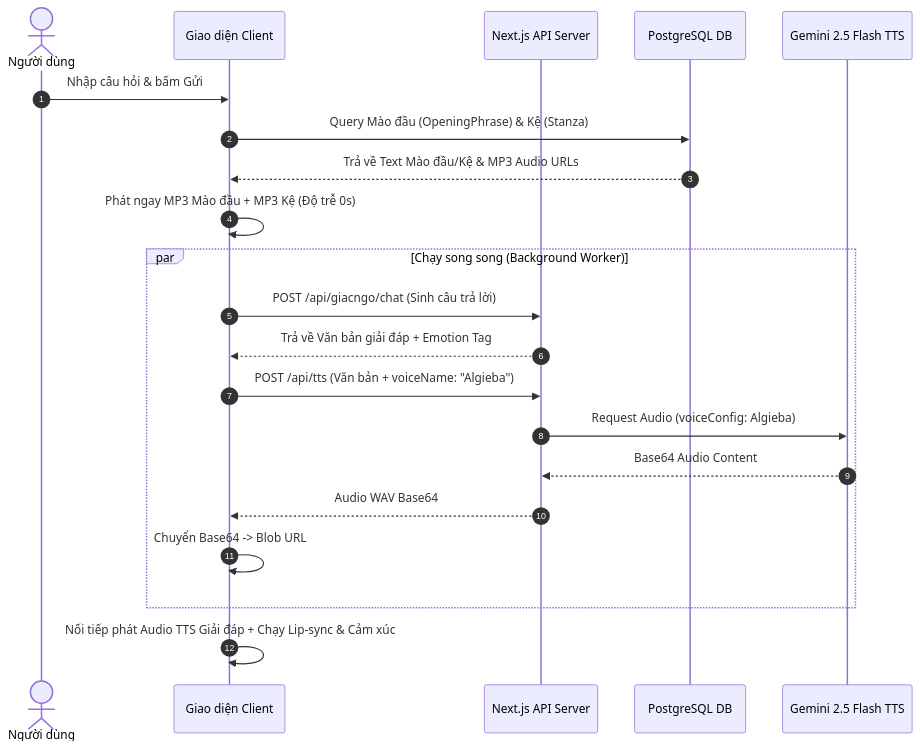
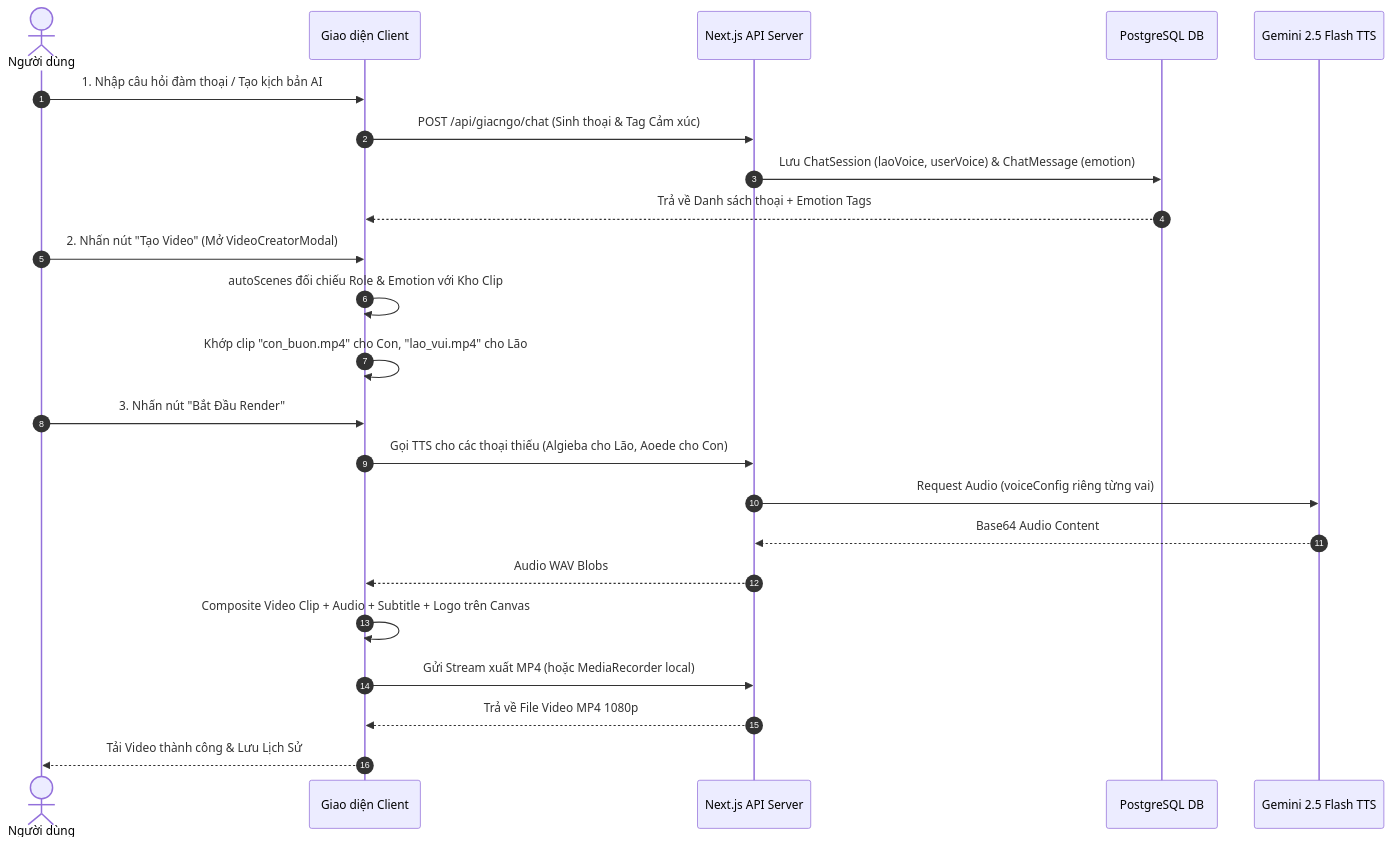
The diagram in docs/LUONG_XU_LY_KY_THUAT_DAM_THOAI.md (buidangphong020488-blip/onglao), drawn with Mermaid before and after one commit. The commit also changed other lines of this file, not shown here.

Commit message:
docs: expand technical document with Script Creation and Video Rendering pipelines

````diff
--- a/docs/LUONG_XU_LY_KY_THUAT_DAM_THOAI.md
+++ b/docs/LUONG_XU_LY_KY_THUAT_DAM_THOAI.md
@@ -97,26 +186,29 @@
 ```mermaid
 sequenceDiagram
     autonumber
     actor User as Người dùng
     participant UI as Giao diện Client
     participant Server as Next.js API Server
     participant DB as PostgreSQL DB
     participant TTS as Gemini 2.5 Flash TTS
 
-    User->>UI: Nhập câu hỏi & bấm Gửi
-    UI->>DB: Query Mào đầu (OpeningPhrase) & Kệ (Stanza)
-    DB-->>UI: Trả về Text Mào đầu/Kệ & MP3 Audio URLs
-    UI->>UI: Phát ngay MP3 Mào đầu + MP3 Kệ (Độ trễ 0s)
+    User->>UI: 1. Nhập câu hỏi đàm thoại / Tạo kịch bản AI
+    UI->>Server: POST /api/giacngo/chat (Sinh thoại & Tag Cảm xúc)
+    Server->>DB: Lưu ChatSession (laoVoice, userVoice) & ChatMessage (emotion)
+    DB-->>UI: Trả về Danh sách thoại + Emotion Tags
     
-    par Chạy song song (Background Worker)
-        UI->>Server: POST /api/giacngo/chat (Sinh câu trả lời)
-        Server-->>UI: Trả về Văn bản giải đáp + Emotion Tag
-        UI->>Server: POST /api/tts (Văn bản + voiceName: "Algieba")
-        Server->>TTS: Request Audio (voiceConfig: Algieba)
-        TTS-->>Server: Base64 Audio Content
-        Server-->>UI: Audio WAV Base64
-        UI->>UI: Chuyển Base64 -> Blob URL
-    end
-
-    UI->>UI: Nối tiếp phát Audio TTS Giải đáp + Chạy Lip-sync & Cảm xúc
+    User->>UI: 2. Nhấn nút "Tạo Video" (Mở VideoCreatorModal)
+    UI->>UI: autoScenes đối chiếu Role & Emotion với Kho Clip
+    UI->>UI: Khớp clip "con_buon.mp4" cho Con, "lao_vui.mp4" cho Lão
+    
+    User->>UI: 3. Nhấn nút "Bắt Đầu Render"
+    UI->>Server: Gọi TTS cho các thoại thiếu (Algieba cho Lão, Aoede cho Con)
+    Server->>TTS: Request Audio (voiceConfig riêng từng vai)
+    TTS-->>Server: Base64 Audio Content
+    Server-->>UI: Audio WAV Blobs
+    
+    UI->>UI: Composite Video Clip + Audio + Subtitle + Logo trên Canvas
+    UI->>Server: Gửi Stream xuất MP4 (hoặc MediaRecorder local)
+    Server-->>UI: Trả về File Video MP4 1080p
+    UI-->>User: Tải Video thành công & Lưu Lịch Sử
 ```
````
